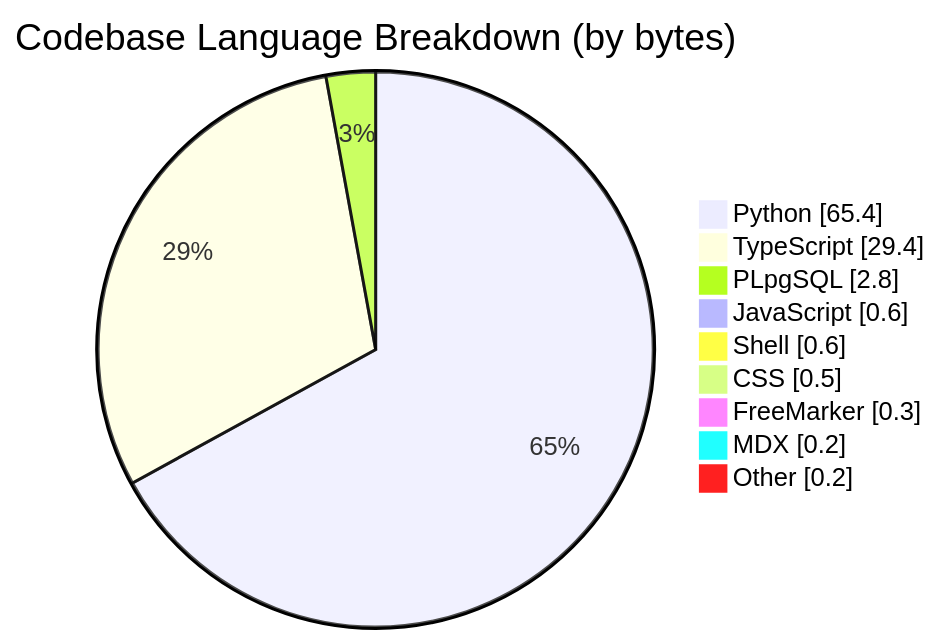
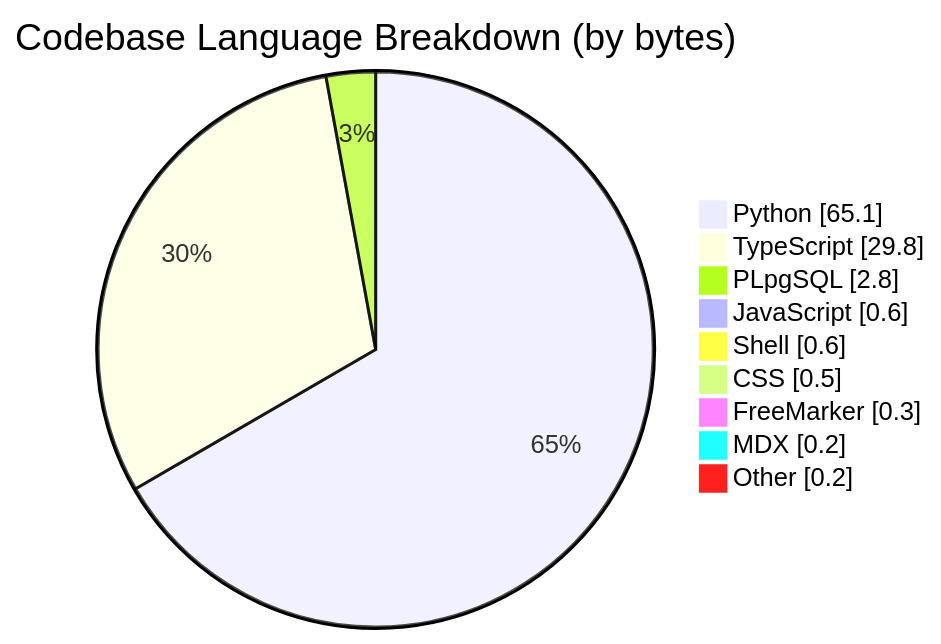
One commit to CSTH-Projects/.github changed the third of 4 diagrams in profile/README.md. Above: the diagram before and after it, drawn with Mermaid. The commit also changed other lines of this file, not shown here.

````diff
--- a/profile/README.md
+++ b/profile/README.md
@@ -63,13 +63,13 @@
 ```mermaid
 pie showData
     title Codebase Language Breakdown (by bytes)
-    "Python" : 65.4
-    "TypeScript" : 29.4
+    "Python" : 65.1
+    "TypeScript" : 29.8
     "PLpgSQL" : 2.8
     "JavaScript" : 0.6
     "Shell" : 0.6
     "CSS" : 0.5
     "FreeMarker" : 0.3
     "MDX" : 0.2
     "Other" : 0.2
 ```
````
